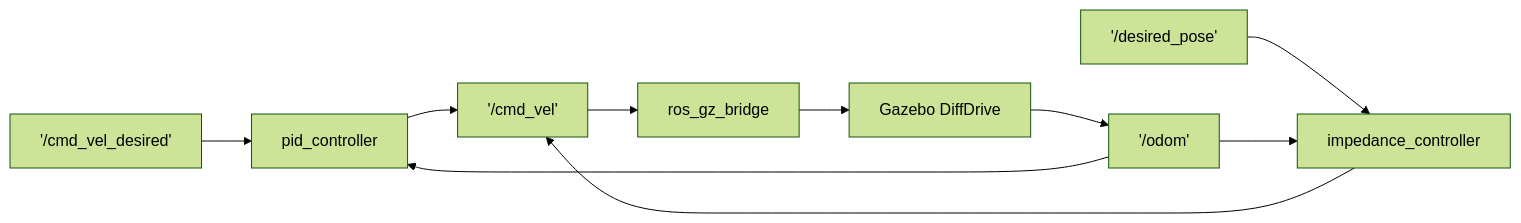
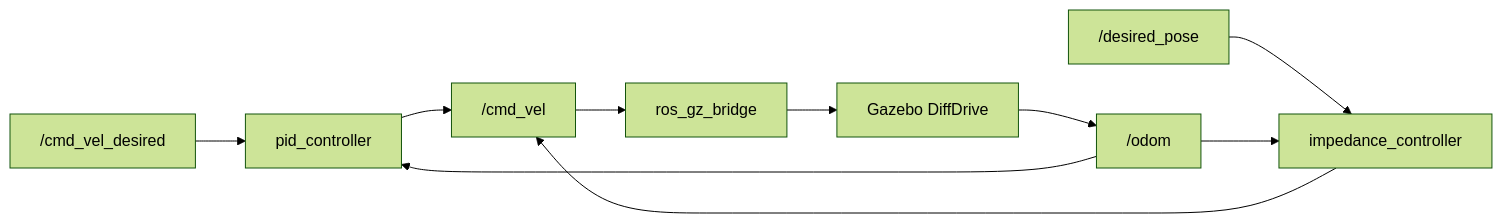
Before and after one commit to Shiva-prasad9/ros2-robot-controller: the second of 2 diagrams in README.md, drawn with Mermaid (forest theme).

Commit message:
fix(docs): remove quotes and slashes from Mermaid topic graph

````diff
--- a/README.md
+++ b/README.md
@@ -186,14 +186,14 @@
 ```mermaid
 graph LR
-    A["'/cmd_vel_desired'"] --> B["pid_controller"]
-    C["'/odom'"] --> B
-    B --> D["'/cmd_vel'"]
+    A["/cmd_vel_desired"] --> B["pid_controller"]
+    C["/odom"] --> B
+    B --> D["/cmd_vel"]
 
-    E["'/desired_pose'"] --> F["impedance_controller"]
+    E["/desired_pose"] --> F["impedance_controller"]
     C --> F
     F --> D
 
     D --> G["ros_gz_bridge"]
     G --> H["Gazebo DiffDrive"]
     H --> C
 ```
````
